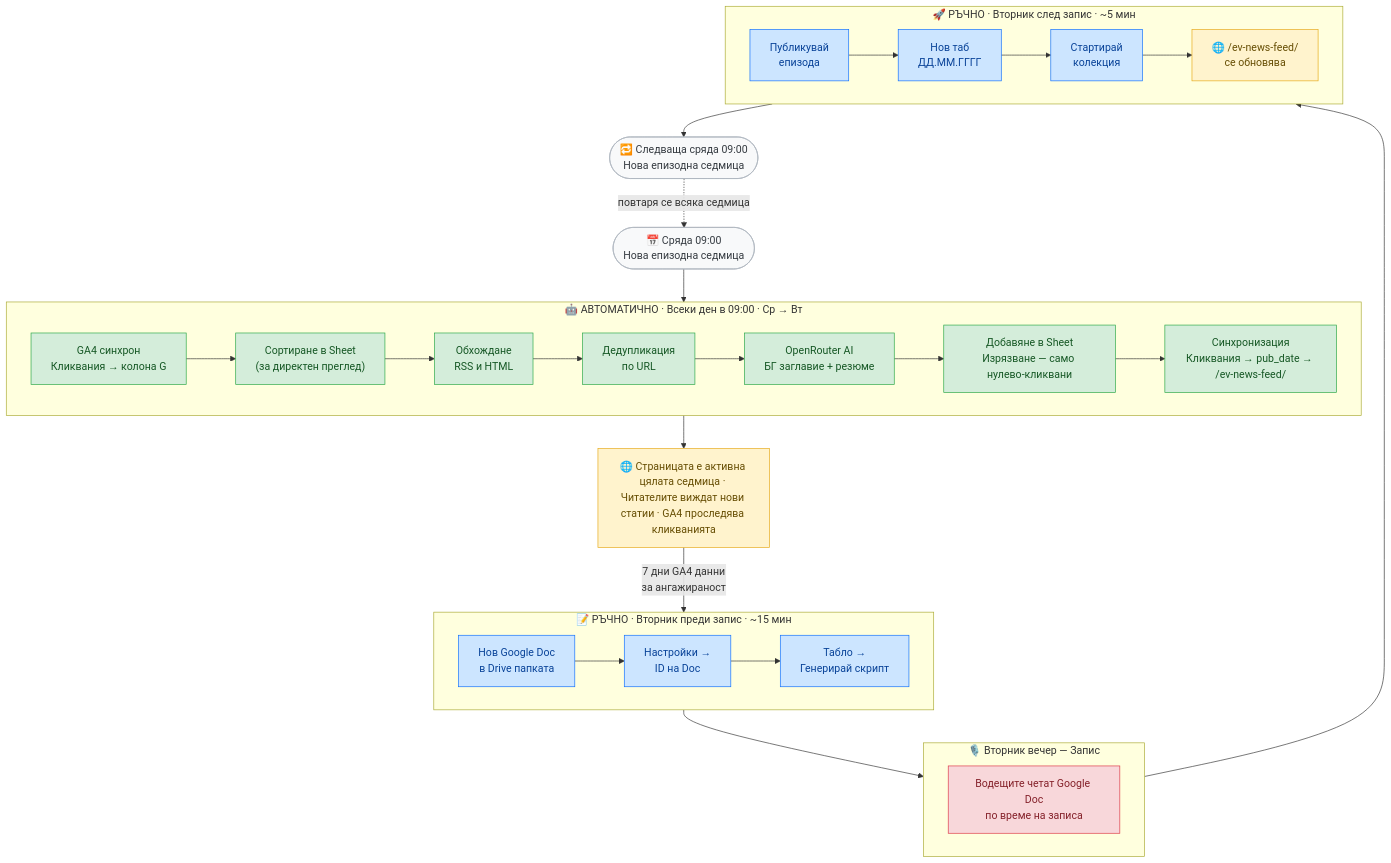
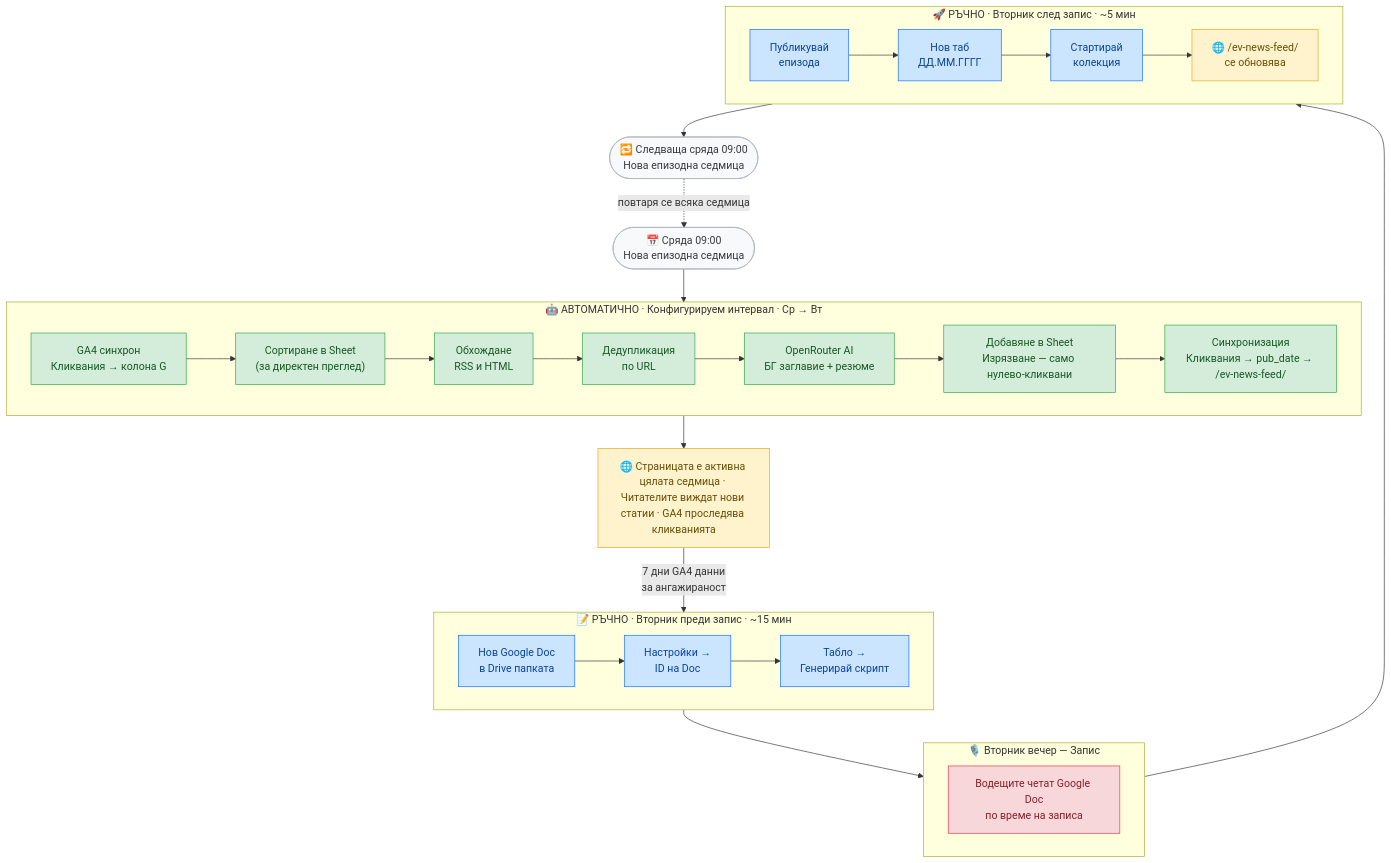
One commit to trepechov/carlifebydani changed the diagram in plugins/ev-news-automator/docs/EPISODE_WORKFLOW.md. Above: the diagram before and after it, drawn with Mermaid. The commit also changed other lines of this file and 6 other files, not shown here.

````diff
--- a/plugins/ev-news-automator/docs/EPISODE_WORKFLOW.md
+++ b/plugins/ev-news-automator/docs/EPISODE_WORKFLOW.md
@@ -21,56 +23,56 @@
 ```mermaid
 flowchart TD
     classDef auto   fill:#d4edda,stroke:#28a745,color:#155724
     classDef manual fill:#cce5ff,stroke:#0d6efd,color:#084298
     classDef record fill:#f8d7da,stroke:#dc3545,color:#842029
     classDef live   fill:#fff3cd,stroke:#e6a817,color:#664d03
     classDef phase  fill:#f8f9fa,stroke:#adb5bd,color:#343a40
 
     START(["📅 Сряда 09:00\nНова епизодна седмица"]):::phase
 
-    subgraph DAILY ["🤖  АВТОМАТИЧНО · Всеки ден в 09:00 · Ср → Вт"]
+    subgraph DAILY ["🤖  АВТОМАТИЧНО · Конфигурируем интервал · Ср → Вт"]
         direction LR
         D1["GA4 синхрон\nКликвания → колона G"]:::auto
         D2["Сортиране в Sheet\n(за директен преглед)"]:::auto
         D3["Обхождане\nRSS и HTML"]:::auto
         D4["Дедупликация\nпо URL"]:::auto
         D5["OpenRouter AI\nБГ заглавие + резюме"]:::auto
         D6["Добавяне в Sheet\nИзрязване — само нулево-кликвани"]:::auto
         D7["Синхронизация\nКликвания → pub_date → /ev-news-feed/"]:::auto
         D1 --> D2 --> D3 --> D4 --> D5 --> D6 --> D7
     end
 
     LIVE["🌐 Страницата е активна цялата седмица · Читателите виждат нови статии · GA4 проследява кликванията"]:::live
 
     subgraph BEFORE ["📝  РЪЧНО · Вторник преди запис · ~15 мин"]
         direction LR
         B1["Нов Google Doc\nв Drive папката"]:::manual
         B2["Настройки →\nID на Doc"]:::manual
         B3["Табло →\nГенерирай скрипт"]:::manual
         B1 --> B2 --> B3
     end
 
     subgraph REC ["🎙️  Вторник вечер — Запис"]
         direction LR
         R1["Водещите четат Google Doc\nпо време на записа"]:::record
     end
 
     subgraph AFTER ["🚀  РЪЧНО · Вторник след запис · ~5 мин"]
         direction LR
         A1["Публикувай\nепизода"]:::manual
         A2["Нов таб\nДД.ММ.ГГГГ"]:::manual
         A3["Стартирай\nколекция"]:::manual
         A4["🌐 /ev-news-feed/\nсе обновява"]:::live
         A1 --> A2 --> A3 --> A4
     end
 
     NEXT(["🔁 Следваща сряда 09:00\nНова епизодна седмица"]):::phase
 
     START   --> DAILY
     DAILY   --> LIVE
     LIVE    -->|"7 дни GA4 данни\nза ангажираност"| BEFORE
     BEFORE  --> REC
     REC     --> AFTER
     AFTER   --> NEXT
     NEXT   -.->|"повтаря се всяка седмица"| START
 ```
````
